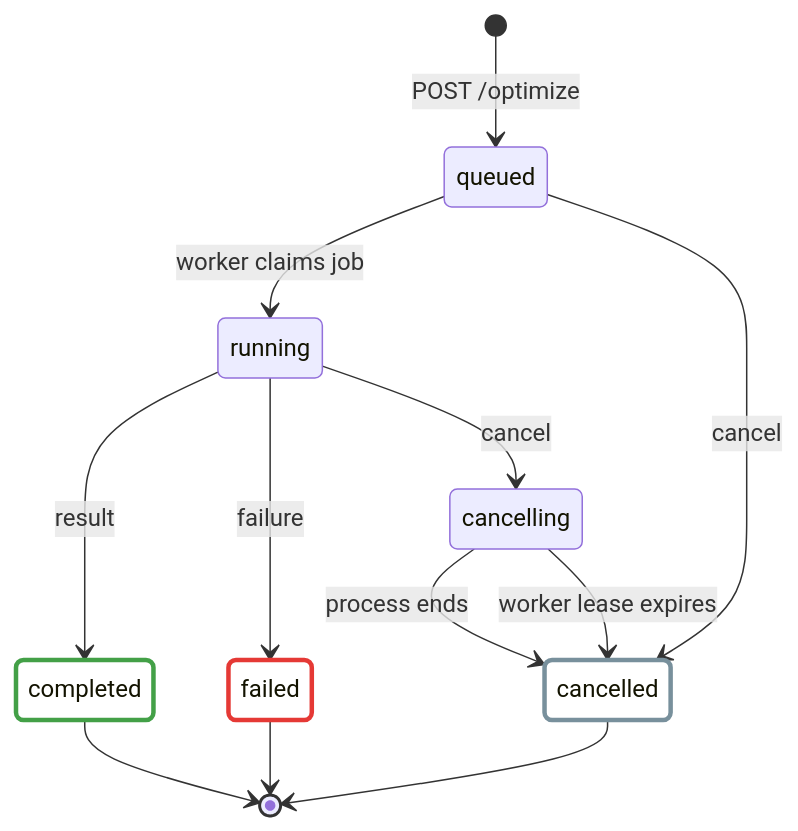
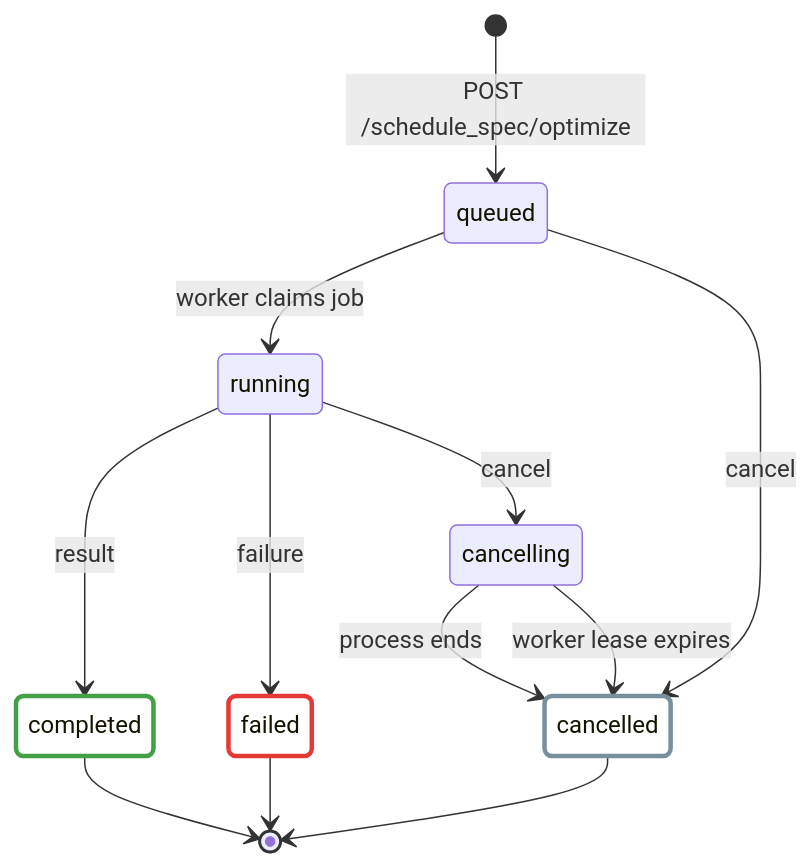
Before and after one commit to j3soon/nurse-scheduling: the second of 2 diagrams in docs/content/developer-guide/backend-server.md, drawn with Mermaid. The commit also changed other lines of this file and 50 other files, not shown here.

First line of the commit message:
refactor(core): rename Schedule Spec inputs and optimizer APIs

````diff
--- a/docs/content/developer-guide/backend-server.md
+++ b/docs/content/developer-guide/backend-server.md
@@ -112,21 +112,21 @@
 ```mermaid
 stateDiagram-v2
-    [*] --> queued: POST /optimize
+    [*] --> queued: POST /schedule_spec/optimize
     queued --> running: worker claims job
     queued --> cancelled: cancel
     running --> completed: result
     running --> failed: failure
     running --> cancelling: cancel
     cancelling --> cancelled: process ends
     cancelling --> cancelled: worker lease expires
     completed --> [*]
     cancelled --> [*]
     failed --> [*]
 
     classDef completedState fill:transparent,stroke:#43a047,stroke-width:3px
     classDef cancelledState fill:transparent,stroke:#78909c,stroke-width:3px
     classDef failedState fill:transparent,stroke:#e53935,stroke-width:3px
     class completed completedState
     class cancelled cancelledState
     class failed failedState
 ```
````
